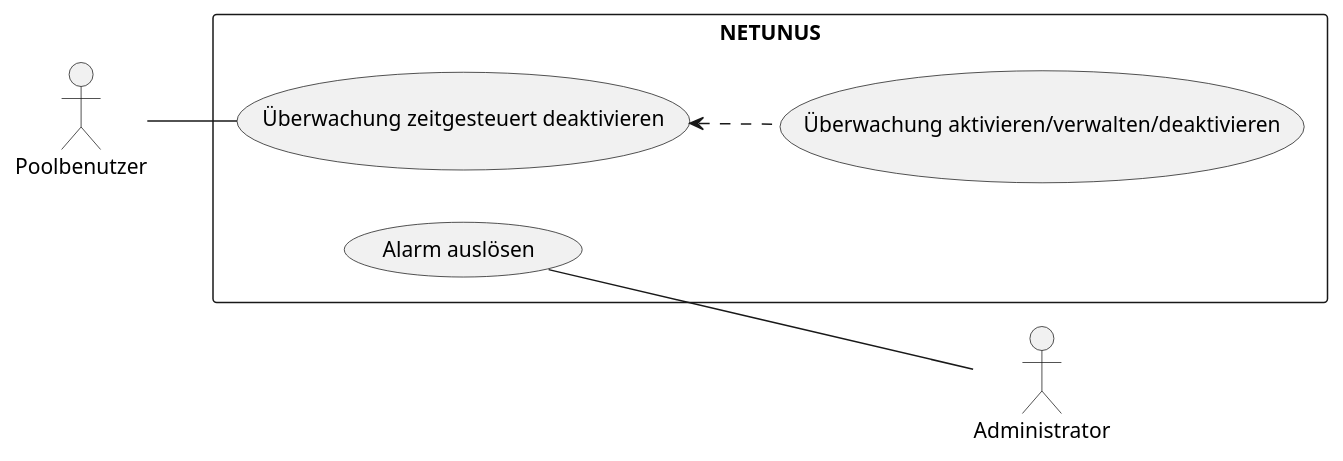
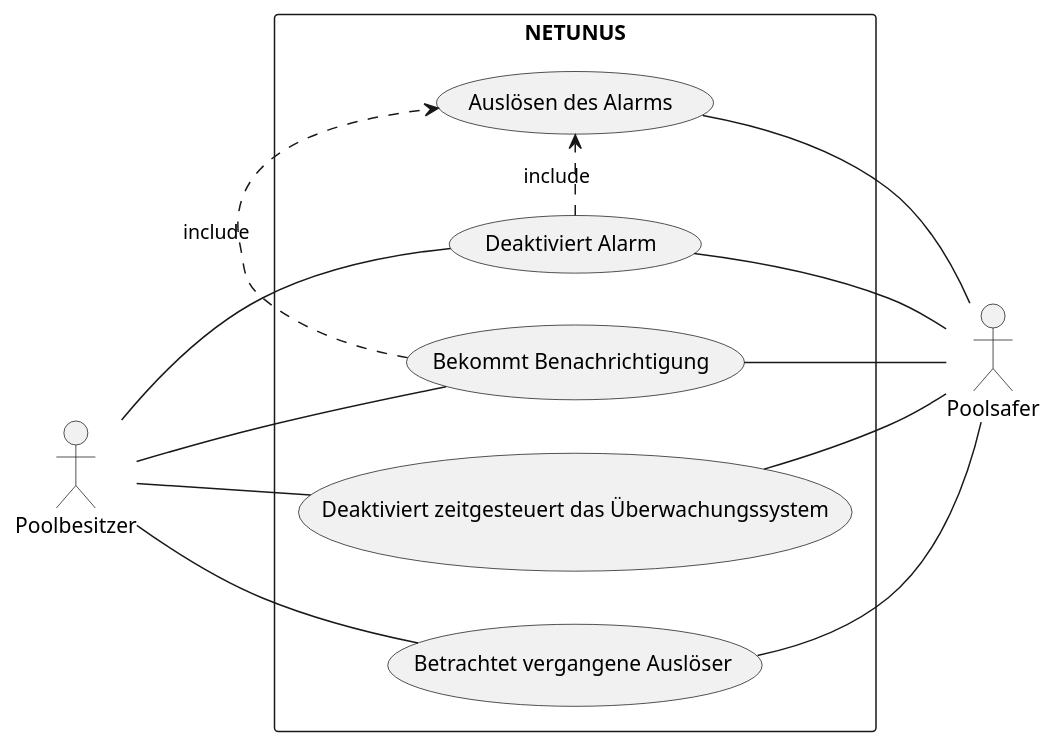
The diagram in Assets/use-case-diagram.iuml (KonstantinFrank01/safer-pool), drawn with PlantUML before and after one commit. The commit also changed 2 other files, not shown here.

```diff
--- a/Assets/use-case-diagram.iuml
+++ b/Assets/use-case-diagram.iuml
@@ -1,10 +1,18 @@
 @startuml
 left to right direction
-actor Poolbenutzer
-actor Administrator
-rectangle NETUNUS {
-    Poolbenutzer -- (Überwachung zeitgesteuert deaktivieren)
-    (Überwachung zeitgesteuert deaktivieren) <.. (Überwachung aktivieren/verwalten/deaktivieren)
-    (Alarm auslösen) -- Administrator
+actor Poolbesitzer
+actor Poolsafer
+rectangle NETUNUS{
+    Poolbesitzer -- (Bekommt Benachrichtigung)
+    Poolbesitzer -- (Deaktiviert Alarm)
+    Poolbesitzer -- (Deaktiviert zeitgesteuert das Überwachungssystem)
+    Poolbesitzer -- (Betrachtet vergangene Auslöser)
+    (Deaktiviert Alarm) .> (Auslösen des Alarms) : include
+    (Bekommt Benachrichtigung) -- Poolsafer
+    (Bekommt Benachrichtigung) .> (Auslösen des Alarms) : include
+    (Deaktiviert Alarm) -- Poolsafer
+    (Deaktiviert zeitgesteuert das Überwachungssystem) -- Poolsafer
+    (Betrachtet vergangene Auslöser) -- Poolsafer
+    (Auslösen des Alarms) -- Poolsafer
 }
 @enduml
```
